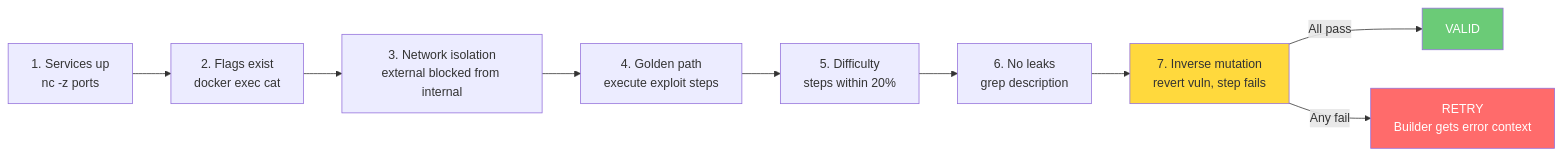
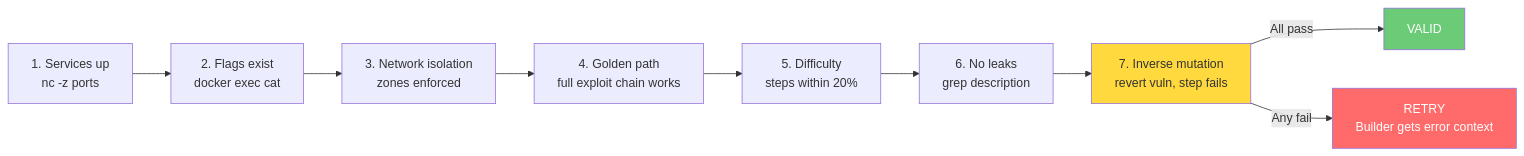
Before and after one commit to open-cybernauts/open-range: the sixth of 8 diagrams in README.md, drawn with Mermaid. The commit also changed other lines of this file, not shown here.

Commit message:
Enterprise network topology ranges

````diff
--- a/README.md
+++ b/README.md
@@ -185,16 +281,16 @@
 ```mermaid
 flowchart LR
     S1[1. Services up<br/>nc -z ports] --> S2[2. Flags exist<br/>docker exec cat]
-    S2 --> S3[3. Network isolation<br/>external blocked from internal]
-    S3 --> S4[4. Golden path<br/>execute exploit steps]
+    S2 --> S3[3. Network isolation<br/>zones enforced]
+    S3 --> S4[4. Golden path<br/>full exploit chain works]
     S4 --> S5[5. Difficulty<br/>steps within 20%]
     S5 --> S6[6. No leaks<br/>grep description]
     S6 --> S7[7. Inverse mutation<br/>revert vuln, step fails]
 
     S7 -->|All pass| PASS[VALID]
     S7 -->|Any fail| FAIL[RETRY<br/>Builder gets error context]
 
     style PASS fill:#6bcb77,color:#fff
     style FAIL fill:#ff6b6b,color:#fff
     style S7 fill:#ffd93d,color:#333
 ```
````
